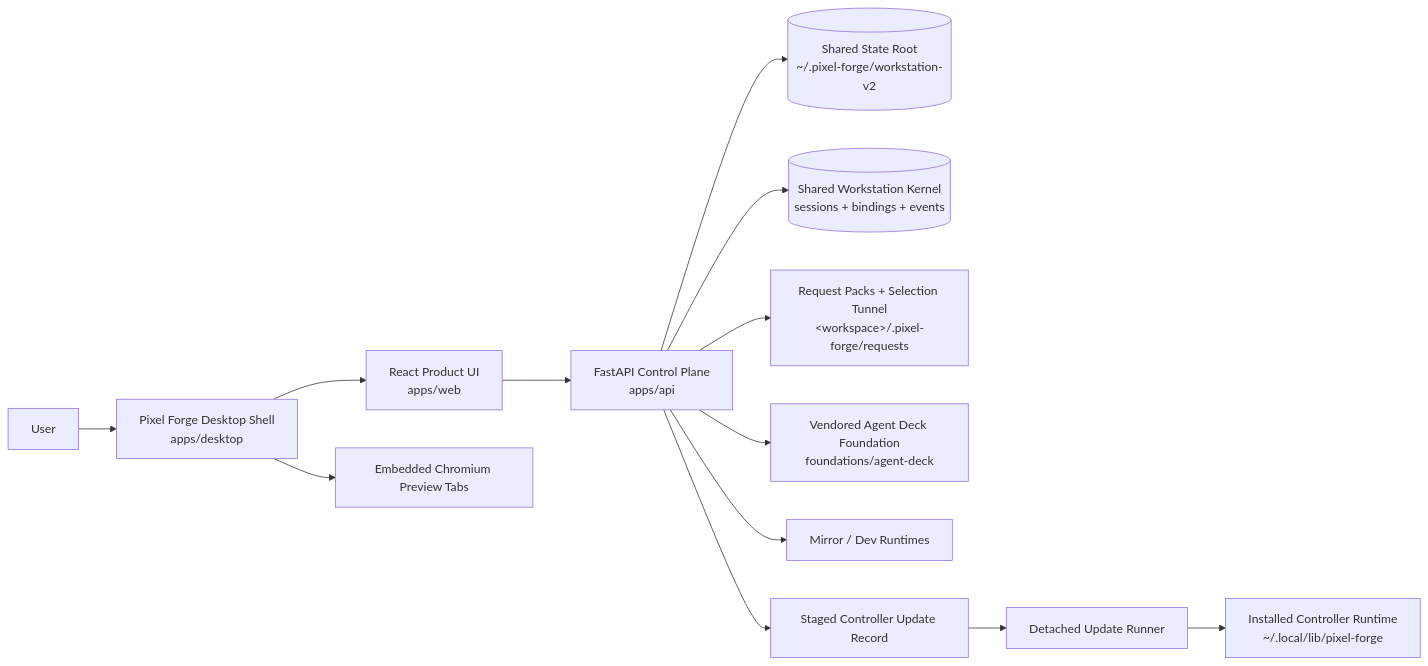
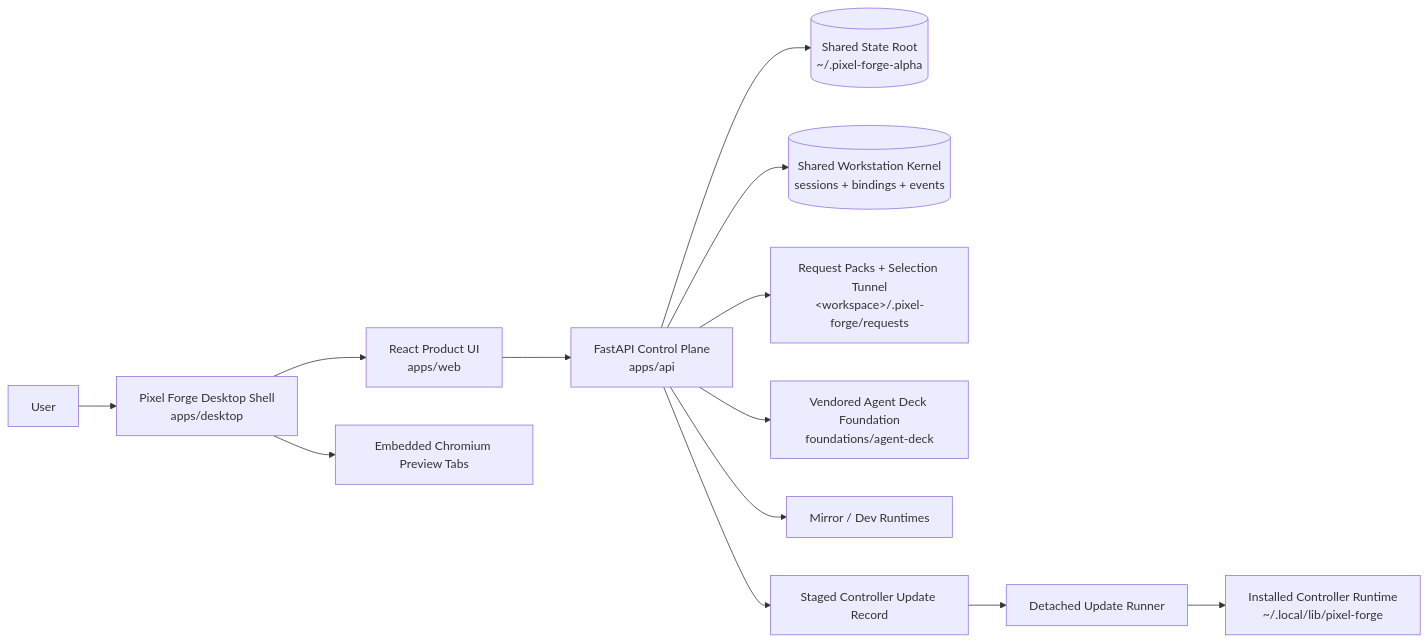
The second of 5 diagrams in ARCHITECTURE.md (arcforgelabs/pixel-forge), drawn with Mermaid before and after one commit. The commit also changed other lines of this file and 10 other files, not shown here.

Commit message:
feat: migrate alpha lane to isolated state root

````diff
--- a/ARCHITECTURE.md
+++ b/ARCHITECTURE.md
@@ -195,15 +195,15 @@
 ```mermaid
 flowchart LR
   User[User] --> Shell[Pixel Forge Desktop Shell<br/>apps/desktop]
   Shell --> UI[React Product UI<br/>apps/web]
   Shell --> Preview[Embedded Chromium Preview Tabs]
   UI --> API[FastAPI Control Plane<br/>apps/api]
-  API --> State[(Shared State Root<br/>~/.pixel-forge/workstation-v2)]
+  API --> State[(Shared State Root<br/>~/.pixel-forge-alpha)]
   API --> Kernel[(Shared Workstation Kernel<br/>sessions + bindings + events)]
   API --> Packs[Request Packs + Selection Tunnel<br/>&lt;workspace&gt;/.pixel-forge/requests]
   API --> AgentDeck[Vendored Agent Deck Foundation<br/>foundations/agent-deck]
   API --> Mirrors[Mirror / Dev Runtimes]
   API --> Staged[Staged Controller Update Record]
   Staged --> Runner[Detached Update Runner]
   Runner --> Installed[Installed Controller Runtime<br/>~/.local/lib/pixel-forge]
 ```
````
